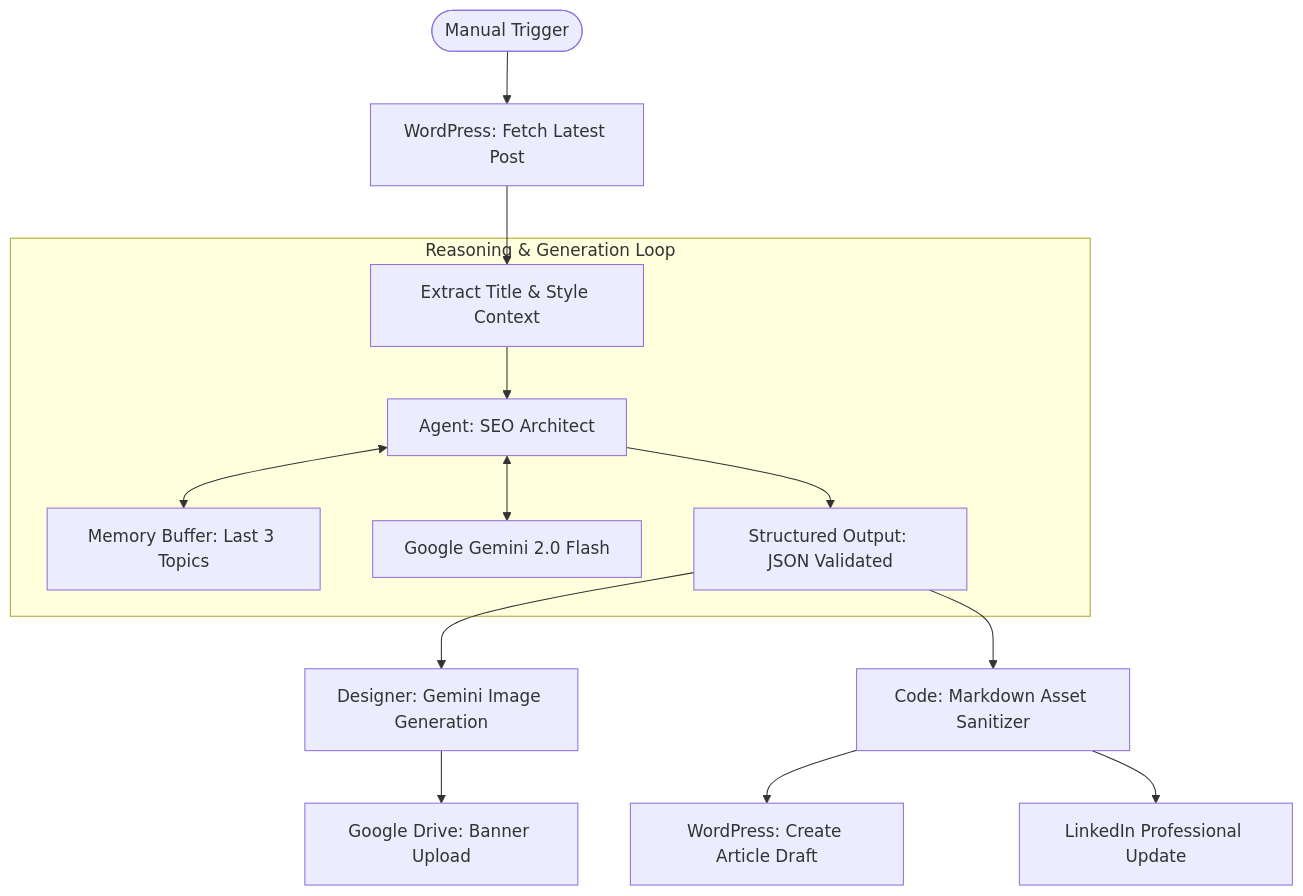
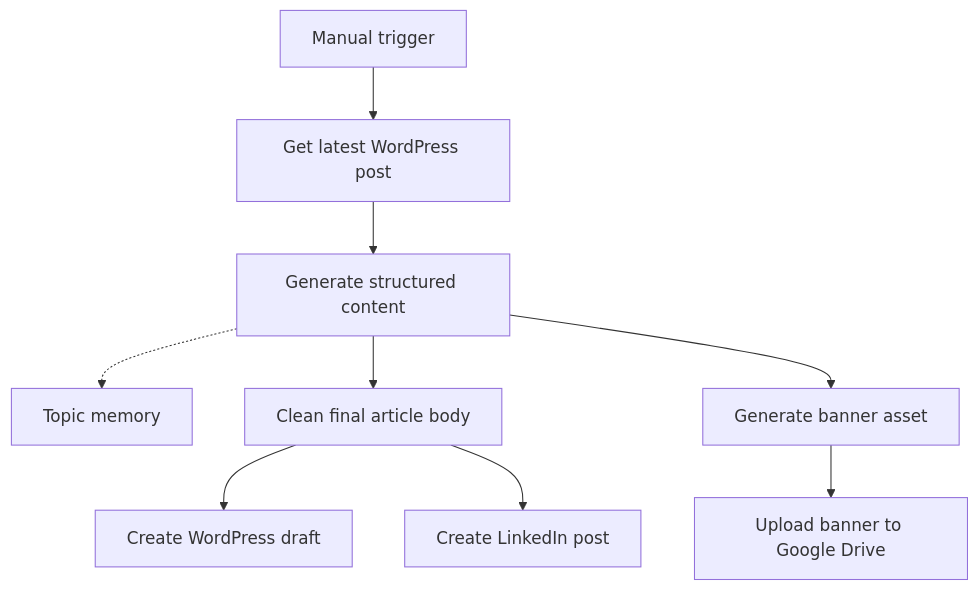
One commit to beydah/N8N-AI-Agent changed the diagram in src/contect_creator/README.md. Above: the diagram before and after it, drawn with Mermaid. The commit also changed other lines of this file and 6 other files, not shown here.

Commit message:
Refresh README structure and simplify workflow diagrams

````diff
--- a/src/contect_creator/README.md
+++ b/src/contect_creator/README.md
@@ -18,19 +15,11 @@
 ```mermaid
 graph TD
-    Trigger(["Manual Trigger"]) --> WP_Get["WordPress: Fetch Latest Post"]
-    WP_Get --> Context["Extract Title & Style Context"]
-    
-    subgraph "Reasoning & Generation Loop"
-        Context --> Agent["Agent: SEO Architect"]
-        Agent <--> Memory["Memory Buffer: Last 3 Topics"]
-        Agent <--> LLM["Google Gemini 2.0 Flash"]
-        Agent --> Parser["Structured Output: JSON Validated"]
-    end
-
-    Parser --> Design["Designer: Gemini Image Generation"]
-    Parser --> Clean["Code: Markdown Asset Sanitizer"]
-
-    Design --> GDrive["Google Drive: Banner Upload"]
-    Clean --> WP_Draft["WordPress: Create Article Draft"]
-    Clean --> LinkedIn["LinkedIn Professional Update"]
+    Trigger["Manual trigger"] --> Context["Get latest WordPress post"]
+    Context --> Generate["Generate structured content"]
+    Generate -.-> Memory["Topic memory"]
+    Generate --> Clean["Clean final article body"]
+    Generate --> Image["Generate banner asset"]
+    Clean --> Blog["Create WordPress draft"]
+    Clean --> Social["Create LinkedIn post"]
+    Image --> Drive["Upload banner to Google Drive"]
 ```
````
